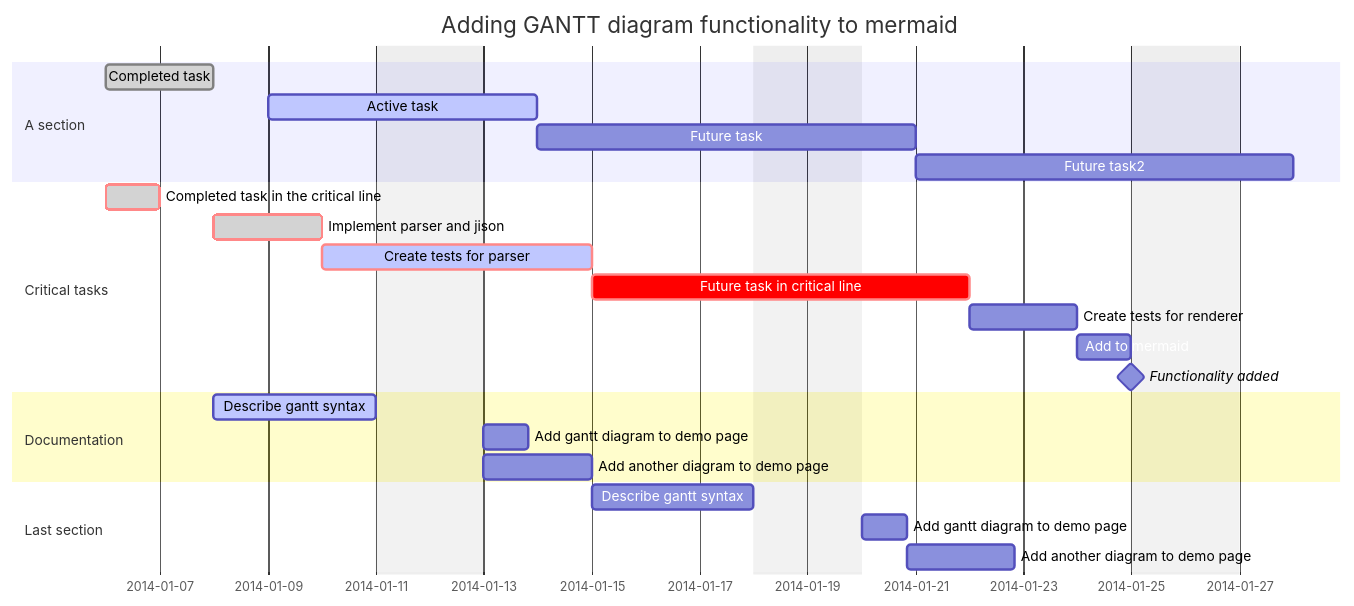
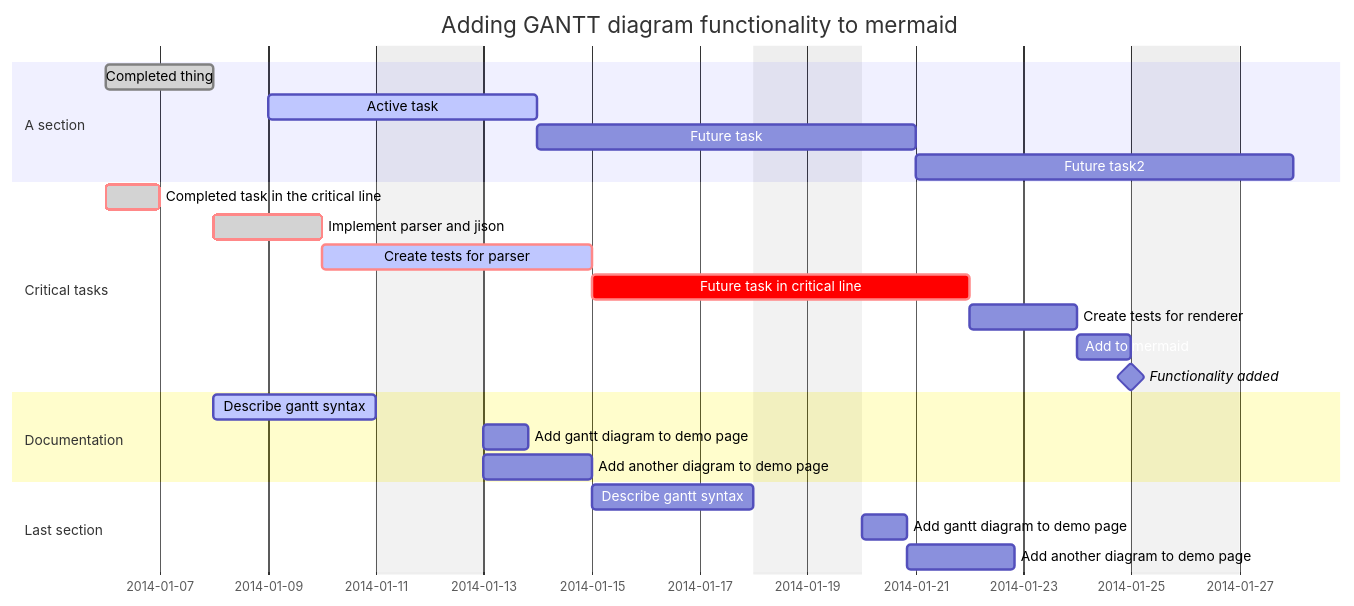
Before and after one commit to kjohnsen/phd-proposal: the diagram in timeline.qmd, drawn with Mermaid. The commit also changed 20 other files, not shown here.

````diff
--- a/timeline.qmd
+++ b/timeline.qmd
@@ -5,32 +5,32 @@
 ```{mermaid}
 gantt
     dateFormat  YYYY-MM-DD
     title       Adding GANTT diagram functionality to mermaid
     excludes    weekends
     %% (`excludes` accepts specific dates in YYYY-MM-DD format, days of the week ("sunday") or "weekends", but not the word "weekdays".)
 
     section A section
-    Completed task            :done,    des1, 2014-01-06,2014-01-08
+    Completed thing            :done,    des1, 2014-01-06,2014-01-08
     Active task               :active,  des2, 2014-01-09, 3d
     Future task               :         des3, after des2, 5d
     Future task2              :         des4, after des3, 5d
 
     section Critical tasks
     Completed task in the critical line :crit, done, 2014-01-06,24h
     Implement parser and jison          :crit, done, after des1, 2d
     Create tests for parser             :crit, active, 3d
     Future task in critical line        :crit, 5d
     Create tests for renderer           :2d
     Add to mermaid                      :1d
     Functionality added                 :milestone, 2014-01-25, 0d
 
     section Documentation
     Describe gantt syntax               :active, a1, after des1, 3d
     Add gantt diagram to demo page      :after a1  , 20h
     Add another diagram to demo page    :doc1, after a1  , 48h
 
     section Last section
     Describe gantt syntax               :after doc1, 3d
     Add gantt diagram to demo page      :20h
     Add another diagram to demo page    :48h
 ```
````
